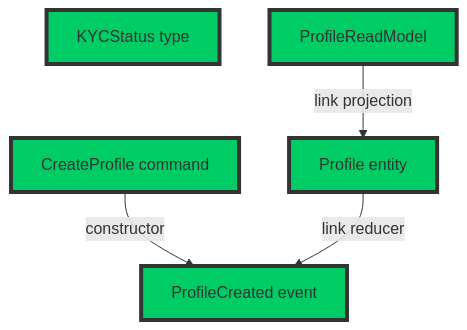
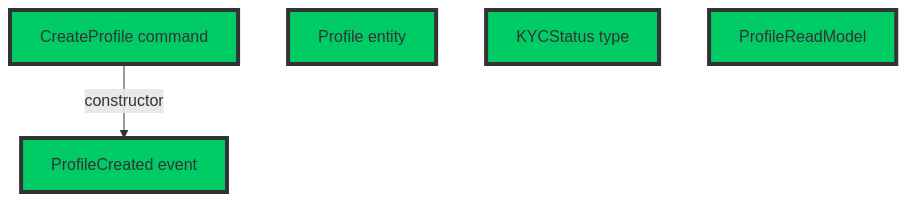
One commit to boostercloud/kyc-example changed the second of 6 diagrams in README.md. Above: the diagram before and after it, drawn with Mermaid. The commit also changed other lines of this file, not shown here.

````diff
--- a/README.md
+++ b/README.md
@@ -133,12 +131,9 @@
 ```mermaid
 graph TD;
+    classDef green fill:#00cc66,stroke:#333,stroke-width:4px;
     A[CreateProfile command] -->|"constructor"| B[ProfileCreated event];
-    C[Profile entity] -->|"link reducer"| B;
+    C[Profile entity];
     D[KYCStatus type];
-    E[ProfileReadModel] -->|"link projection"| C;
-    style A fill:#00cc66,stroke:#333,stroke-width:4px;
-    style B fill:#00cc66,stroke:#333,stroke-width:4px;
-    style C fill:#00cc66,stroke:#333,stroke-width:4px;
-    style D fill:#00cc66,stroke:#333,stroke-width:4px;
-    style E fill:#00cc66,stroke:#333,stroke-width:4px;
+    E[ProfileReadModel];
+    class A,B,C,D,E green;
 ```
````
